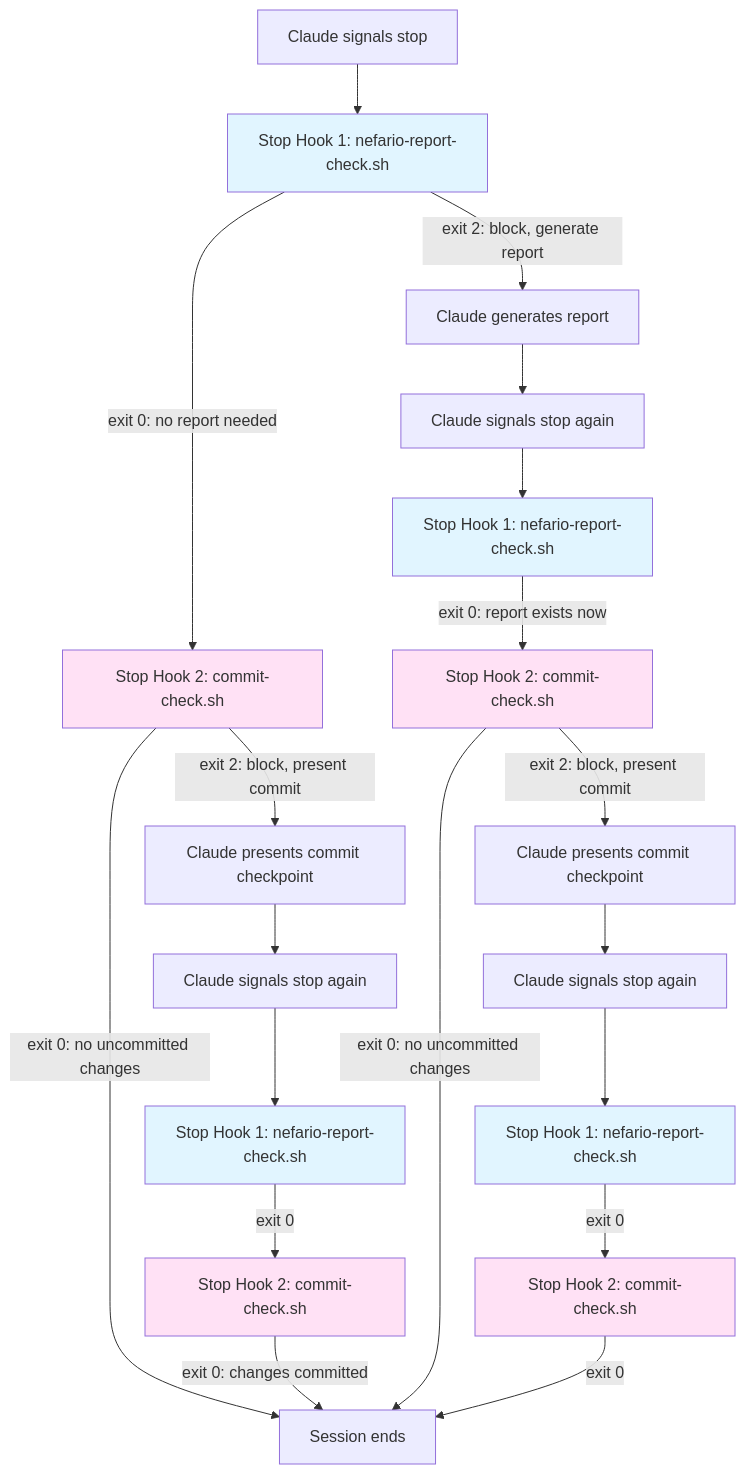
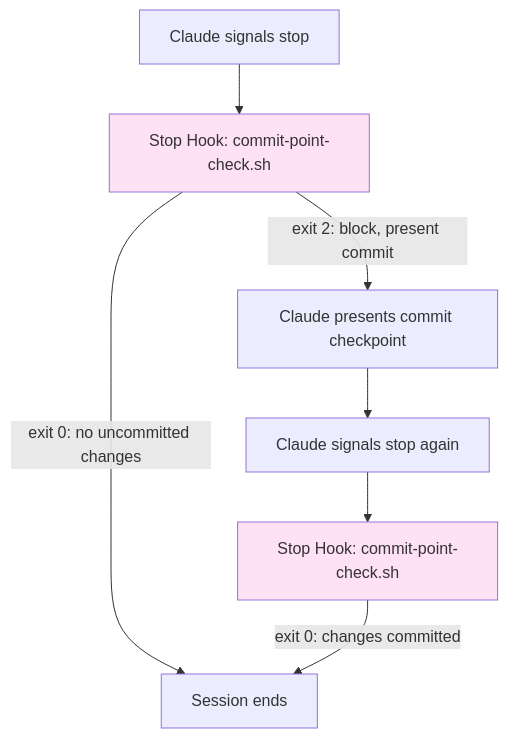
Before and after one commit to benpeter/despicable-agents: the second of 2 diagrams in docs/commit-workflow.md, drawn with Mermaid. The commit also changed other lines of this file and 10 other files, not shown here.

Commit message:
chore: remove nefario report hook and strengthen SKILL.md wrap-up

````diff
--- a/docs/commit-workflow.md
+++ b/docs/commit-workflow.md
@@ -312,32 +312,13 @@
 ```mermaid
 flowchart TD
-    A[Claude signals stop] --> B[Stop Hook 1: nefario-report-check.sh]
-    B -->|exit 0: no report needed| C[Stop Hook 2: commit-check.sh]
-    B -->|exit 2: block, generate report| D[Claude generates report]
-    D --> E[Claude signals stop again]
-    E --> F[Stop Hook 1: nefario-report-check.sh]
-    F -->|exit 0: report exists now| G[Stop Hook 2: commit-check.sh]
+    A[Claude signals stop] --> C[Stop Hook: commit-point-check.sh]
 
     C -->|exit 0: no uncommitted changes| H[Session ends]
     C -->|exit 2: block, present commit| I[Claude presents commit checkpoint]
     I --> J[Claude signals stop again]
-    J --> K[Stop Hook 1: nefario-report-check.sh]
-    K -->|exit 0| L[Stop Hook 2: commit-check.sh]
+    J --> L[Stop Hook: commit-point-check.sh]
     L -->|exit 0: changes committed| H
 
-    G -->|exit 0: no uncommitted changes| H
-    G -->|exit 2: block, present commit| I2[Claude presents commit checkpoint]
-    I2 --> J2[Claude signals stop again]
-    J2 --> K2[Stop Hook 1: nefario-report-check.sh]
-    K2 -->|exit 0| L2[Stop Hook 2: commit-check.sh]
-    L2 -->|exit 0| H
-
-    style B fill:#e1f5ff
     style C fill:#ffe1f5
-    style F fill:#e1f5ff
-    style G fill:#ffe1f5
-    style K fill:#e1f5ff
     style L fill:#ffe1f5
-    style K2 fill:#e1f5ff
-    style L2 fill:#ffe1f5
 ```
````
